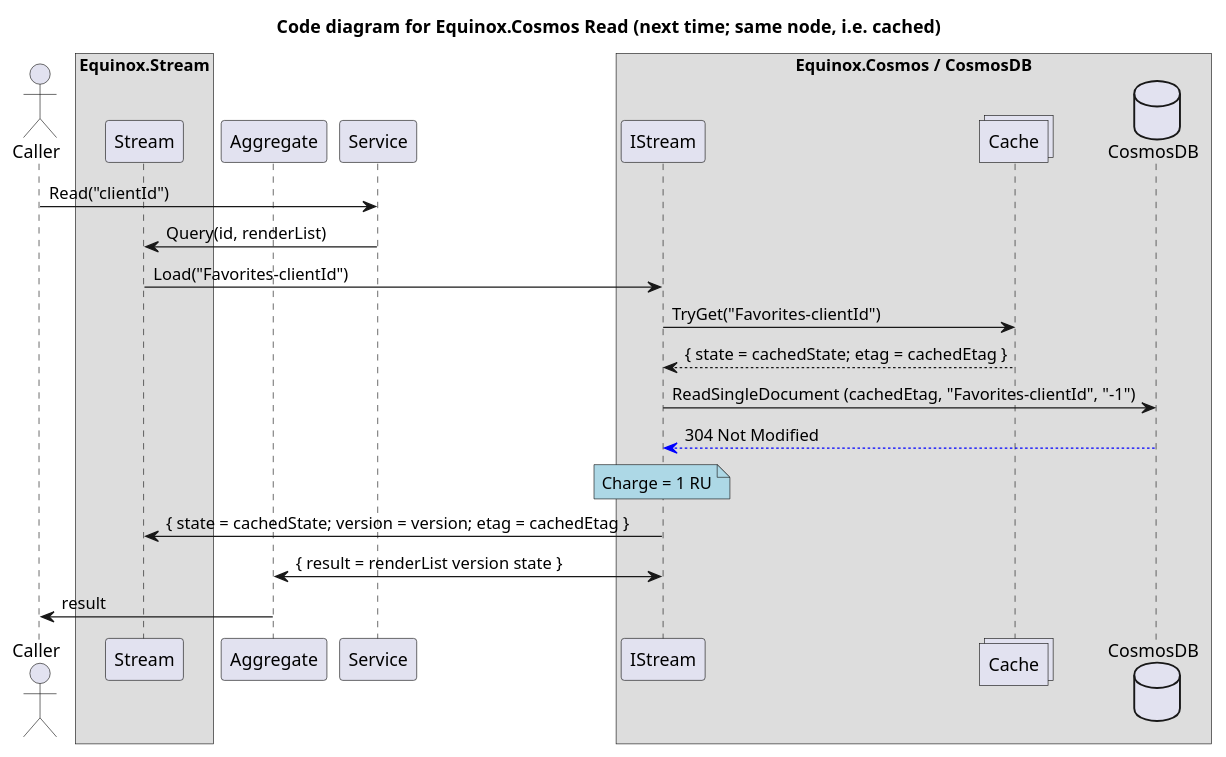
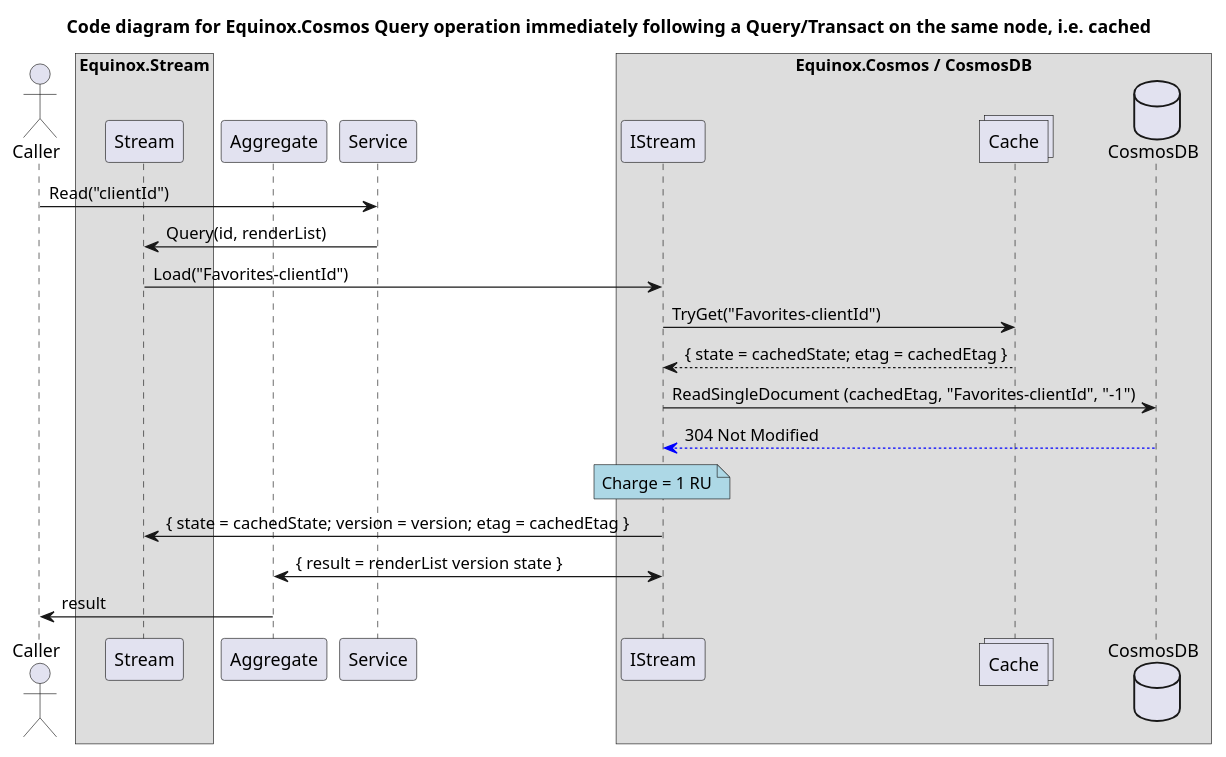
Before and after one commit to jet/equinox: the third of 4 diagrams in diagrams/CosmosCode.puml, drawn with PlantUML. The commit also changed other lines of this file and 2 other files, not shown here.

Commit message:
Fix code diagram titles

```diff
--- a/diagrams/CosmosCode.puml
+++ b/diagrams/CosmosCode.puml
@@ -107,28 +107,28 @@
 @startuml
-title Code diagram for Equinox.Cosmos Read (next time; same node, i.e. cached)
+title Code diagram for Equinox.Cosmos Query operation immediately following a Query/Transact on the same node, i.e. cached
 
 actor Caller order 20
 box "Equinox.Stream"
     participant Stream order 40
 end box
 participant Aggregate order 50
 participant Service order 60
 box "Equinox.Cosmos / CosmosDB"
   participant IStream order 80
   collections Cache order 90
   database CosmosDB order 100
 end box
 
 Caller -> Service: Read("clientId")
 participant Aggregate
 Service -> Stream: Query(id, renderList)
 Stream -> IStream: Load("Favorites-clientId")
 IStream -> Cache: TryGet("Favorites-clientId")
 Cache --> IStream: { state = cachedState; etag = cachedEtag }
 IStream -> CosmosDB: ReadSingleDocument (cachedEtag, "Favorites-clientId", "-1")
 CosmosDB -[#blue]->  IStream: 304 Not Modified
 note over IStream #lightblue: Charge = 1 RU
 IStream -> Stream: { state = cachedState; version = version; etag = cachedEtag }
 Aggregate <-> IStream: { result = renderList version state }
 Aggregate -> Caller: result
 @enduml
```
